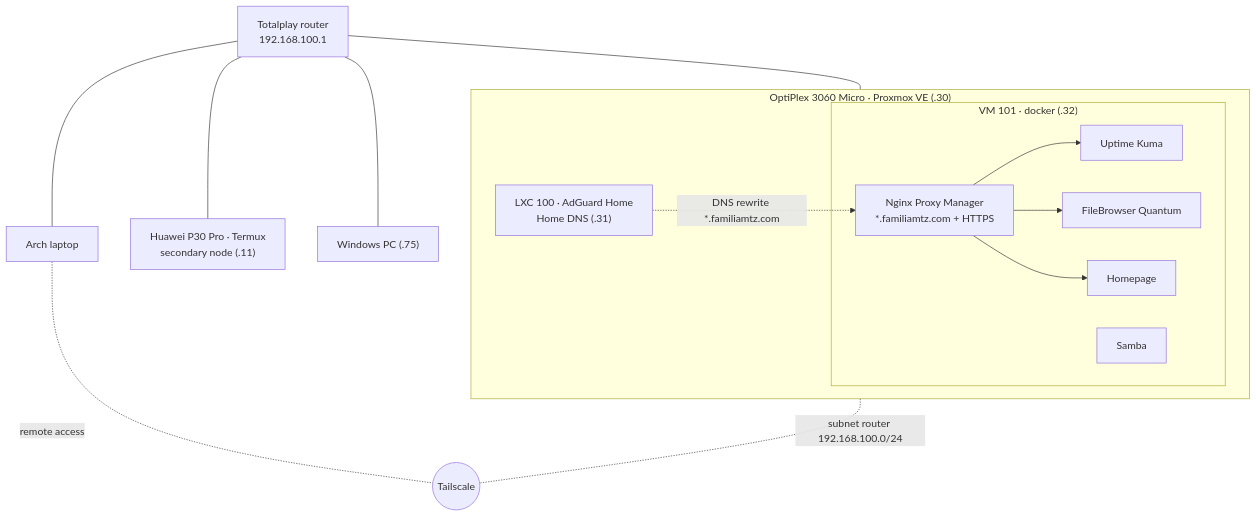
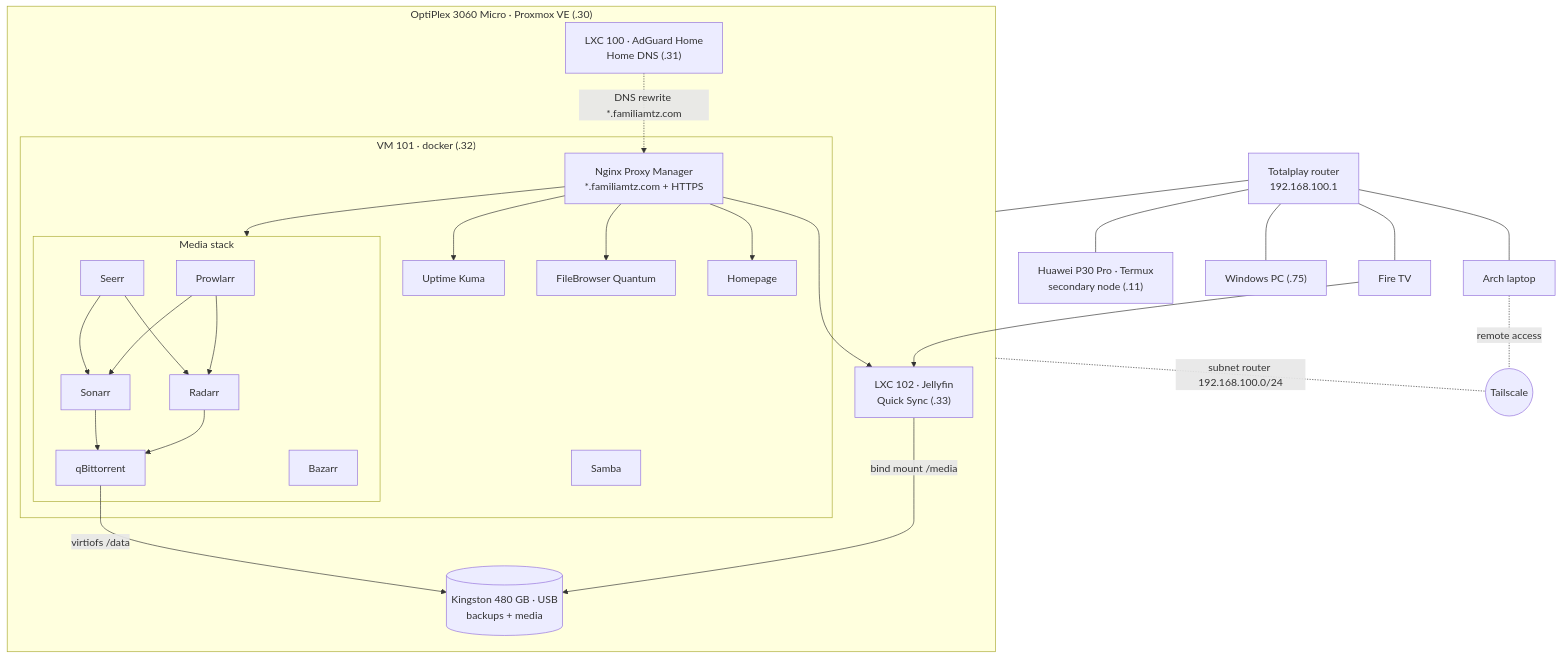
The diagram in README.md (Gamase/homelab), drawn with Mermaid before and after one commit. The commit also changed other lines of this file, not shown here.

Commit message:
Update README with media stack, updates and new services

````diff
--- a/README.md
+++ b/README.md
@@ -9,31 +9,54 @@
 ```mermaid
 graph TD
     Router["Totalplay router<br/>192.168.100.1"]
     TS(("Tailscale"))
 
     subgraph PVE["OptiPlex 3060 Micro · Proxmox VE (.30)"]
         AG["LXC 100 · AdGuard Home<br/>Home DNS (.31)"]
+        JF["LXC 102 · Jellyfin<br/>Quick Sync (.33)"]
         subgraph VM["VM 101 · docker (.32)"]
             NPM["Nginx Proxy Manager<br/>*.familiamtz.com + HTTPS"]
             Kuma["Uptime Kuma"]
             FB["FileBrowser Quantum"]
             Home["Homepage"]
             Samba["Samba"]
+            subgraph ARR["Media stack"]
+                Seerr["Seerr"]
+                Sonarr["Sonarr"]
+                Radarr["Radarr"]
+                Prowlarr["Prowlarr"]
+                QB["qBittorrent"]
+                Bazarr["Bazarr"]
+            end
         end
+        USB[("Kingston 480 GB · USB<br/>backups + media")]
     end
 
     P30["Huawei P30 Pro · Termux<br/>secondary node (.11)"]
     PC["Windows PC (.75)"]
     Laptop["Arch laptop"]
+    TV["Fire TV"]
 
     Router --- PVE
     Router --- P30
     Router --- PC
     Router --- Laptop
+    Router --- TV
     AG -. "DNS rewrite *.familiamtz.com" .-> NPM
     NPM --> Kuma
     NPM --> FB
     NPM --> Home
+    NPM --> ARR
+    NPM --> JF
+    Seerr --> Sonarr
+    Seerr --> Radarr
+    Prowlarr --> Sonarr
+    Prowlarr --> Radarr
+    Sonarr --> QB
+    Radarr --> QB
+    QB -- "virtiofs /data" --> USB
+    JF -- "bind mount /media" --> USB
+    TV --> JF
     PVE -. "subnet router 192.168.100.0/24" .- TS
     Laptop -. "remote access" .- TS
 ```
````
